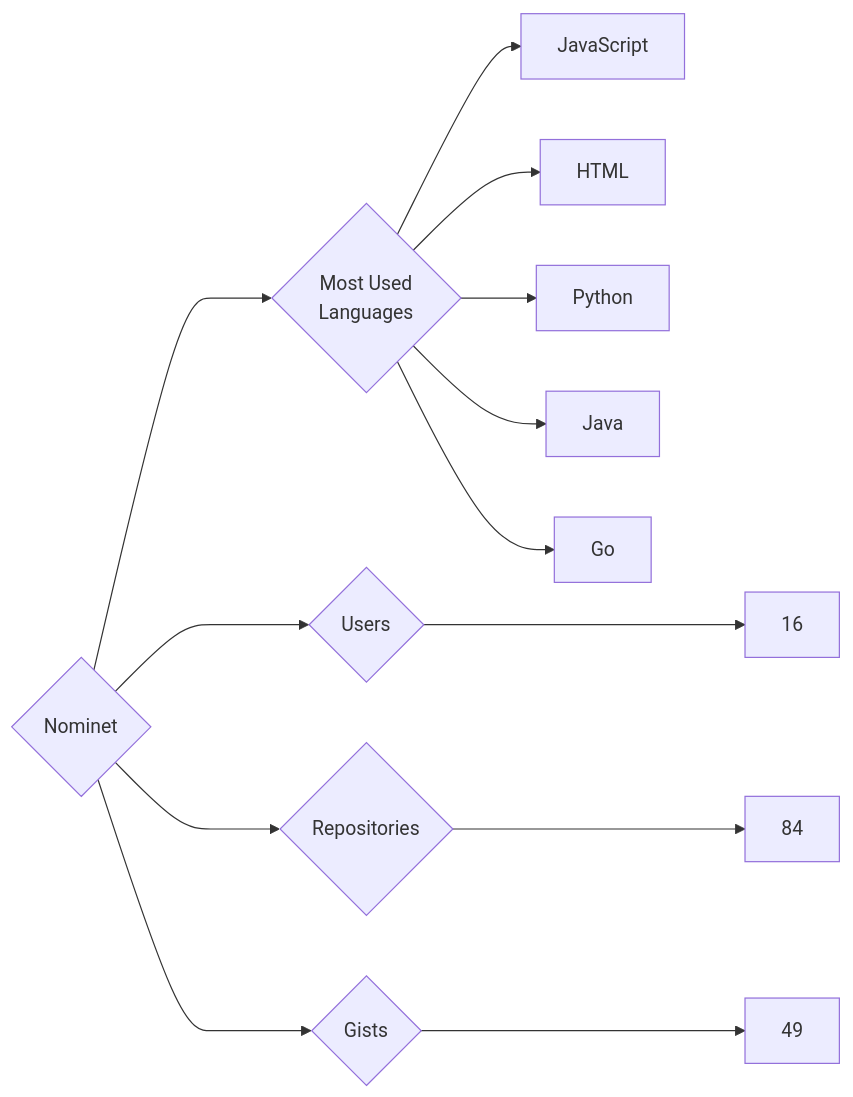
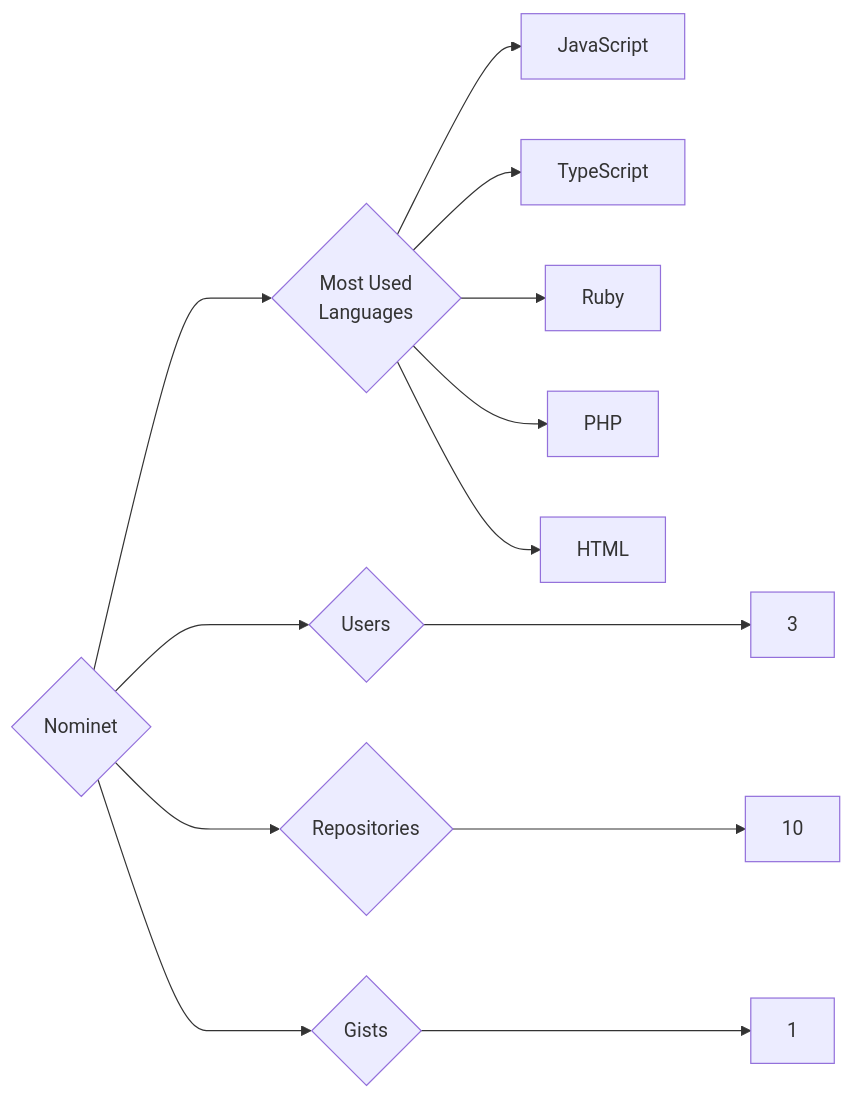
Before and after one commit to trickest/insiders: the diagram in targets/Nominet/README.md, drawn with Mermaid. The commit also changed 787 other files, not shown here.

````diff
--- a/targets/Nominet/README.md
+++ b/targets/Nominet/README.md
@@ -3,13 +3,13 @@
 ```mermaid
 graph LR
 COMPANY_NAME{Nominet}
-COMPANY_NAME ---> U{Users} ---> UN[16]
-COMPANY_NAME ---> R{Repositories} ---> RN[84]
-COMPANY_NAME ---> G{Gists} ---> GN[49]
+COMPANY_NAME ---> U{Users} ---> UN[3]
+COMPANY_NAME ---> R{Repositories} ---> RN[10]
+COMPANY_NAME ---> G{Gists} ---> GN[1]
 COMPANY_NAME ---> ML{Most Used<br>Languages}
 ML --> JavaScript[JavaScript]
+ML --> TypeScript[TypeScript]
+ML --> Ruby[Ruby]
+ML --> PHP[PHP]
 ML --> HTML[HTML]
-ML --> Python[Python]
-ML --> Java[Java]
-ML --> Go[Go]
 ```
````
